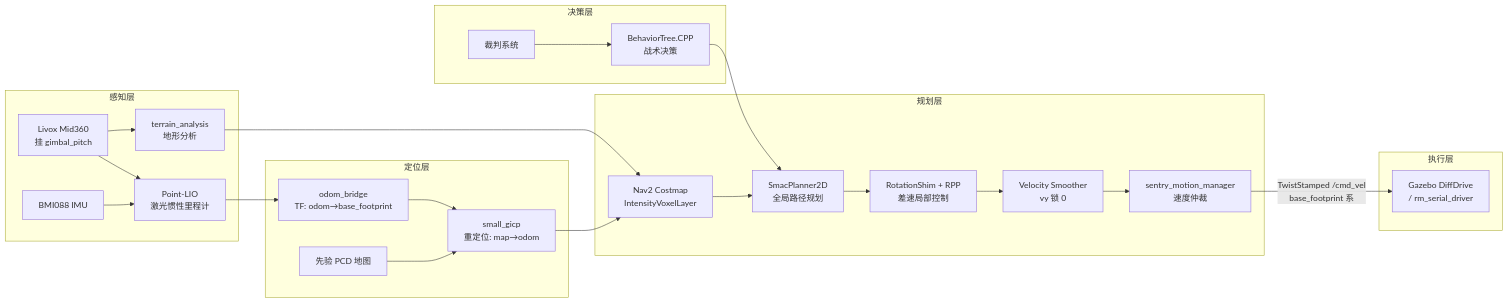
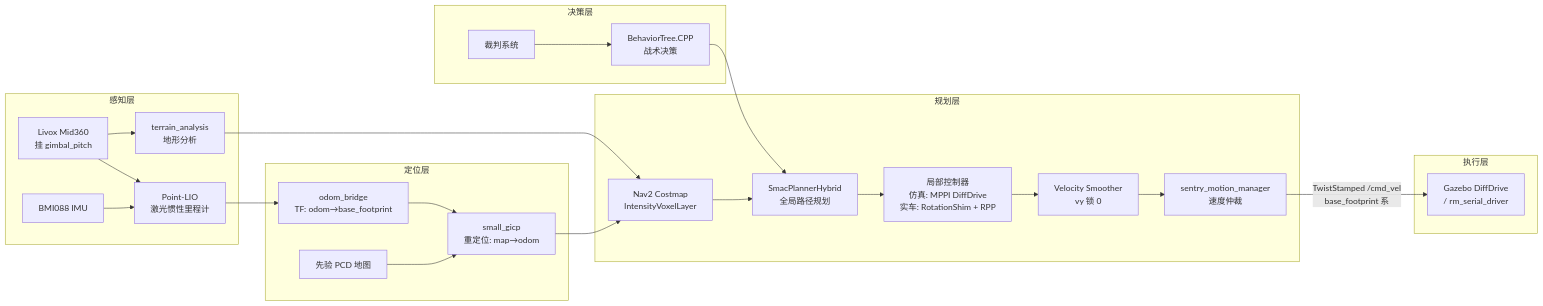
Before and after one commit to Boombroke/Sentry26: the diagram in README.md, drawn with Mermaid. The commit also changed other lines of this file and 3 other files, not shown here.

````diff
--- a/README.md
+++ b/README.md
@@ -12,32 +12,32 @@
 ```mermaid
 graph LR
     subgraph 感知层
         LiDAR[Livox Mid360<br/>挂 gimbal_pitch] --> PL[Point-LIO<br/>激光惯性里程计]
         IMU[BMI088 IMU] --> PL
         LiDAR --> TA[terrain_analysis<br/>地形分析]
     end
 
     subgraph 定位层
         PL --> OB[odom_bridge<br/>TF: odom→base_footprint]
         PCD[先验 PCD 地图] --> GICP[small_gicp<br/>重定位: map→odom]
         OB --> GICP
     end
 
     subgraph 规划层
         GICP --> CM[Nav2 Costmap<br/>IntensityVoxelLayer]
         TA --> CM
-        CM --> GP[SmacPlanner2D<br/>全局路径规划]
-        GP --> LP[RotationShim + RPP<br/>差速局部控制]
+        CM --> GP[SmacPlannerHybrid<br/>全局路径规划]
+        GP --> LP[局部控制器<br/>仿真: MPPI DiffDrive<br/>实车: RotationShim + RPP]
         LP --> VS[Velocity Smoother<br/>vy 锁 0]
         VS --> MM[sentry_motion_manager<br/>速度仲裁]
     end
 
     subgraph 决策层
         REF[裁判系统] --> BT[BehaviorTree.CPP<br/>战术决策]
         BT --> GP
     end
 
     subgraph 执行层
         MM -->|TwistStamped /cmd_vel<br/>base_footprint 系| SER[Gazebo DiffDrive<br/>/ rm_serial_driver]
     end
 ```
````
